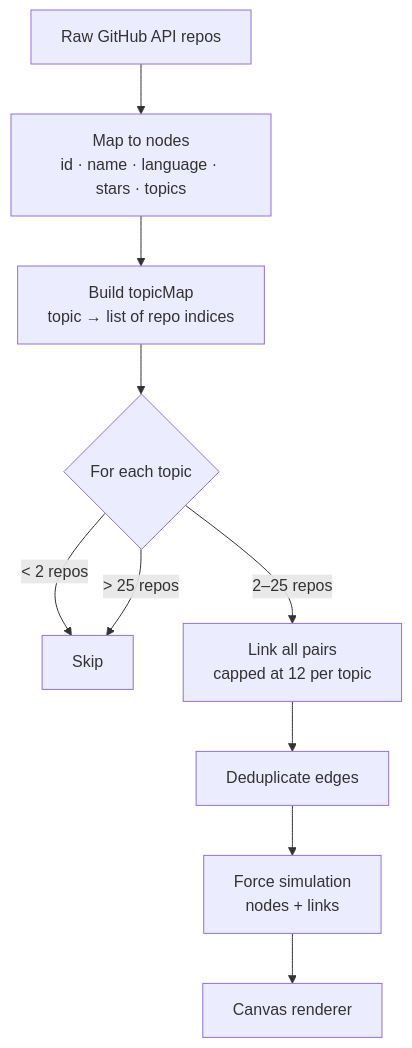
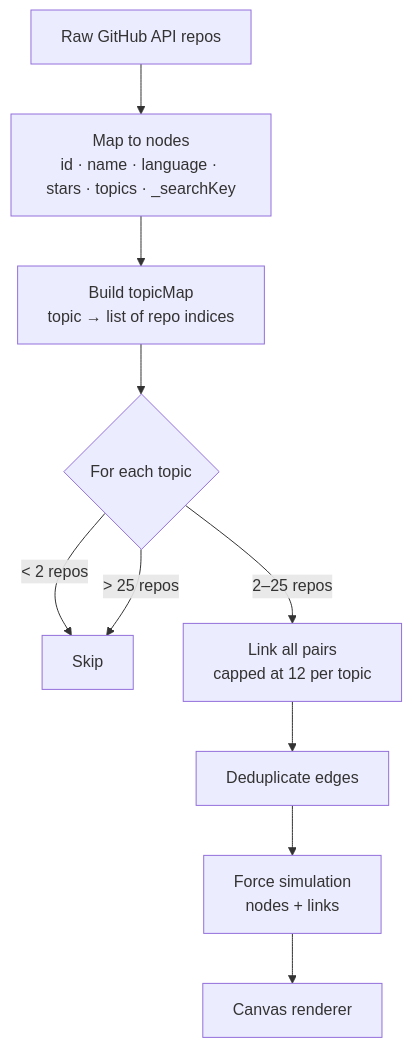
One commit to ervinismu/stargaze changed the fourth of 4 diagrams in README.md. Above: the diagram before and after it, drawn with Mermaid. The commit also changed other lines of this file, not shown here.

````diff
--- a/README.md
+++ b/README.md
@@ -174,12 +162,12 @@
 ```mermaid
 flowchart TD
-    A[Raw GitHub API repos] --> B[Map to nodes\nid · name · language · stars · topics]
+    A[Raw GitHub API repos] --> B[Map to nodes\nid · name · language · stars · topics · _searchKey]
     B --> C[Build topicMap\ntopic → list of repo indices]
     C --> D{For each topic}
     D -- "< 2 repos" --> SKIP[Skip]
     D -- "2–25 repos" --> LINK[Link all pairs\ncapped at 12 per topic]
     D -- "> 25 repos" --> SKIP
     LINK --> E[Deduplicate edges]
     E --> F[Force simulation\nnodes + links]
     F --> G[Canvas renderer]
 ```
````
